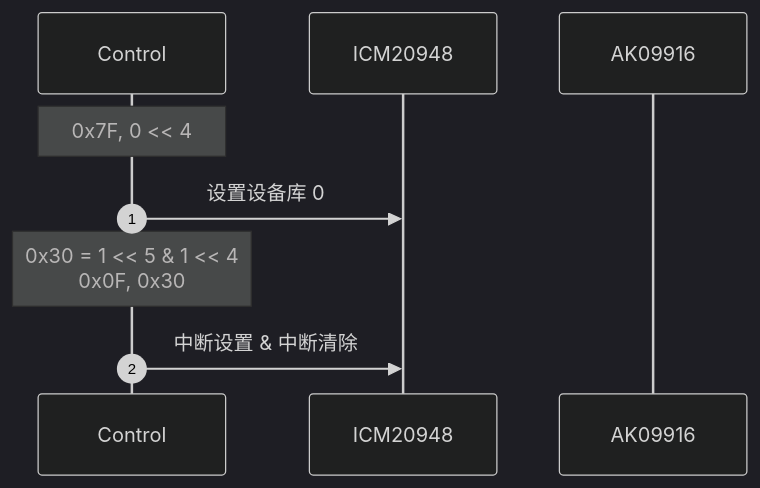
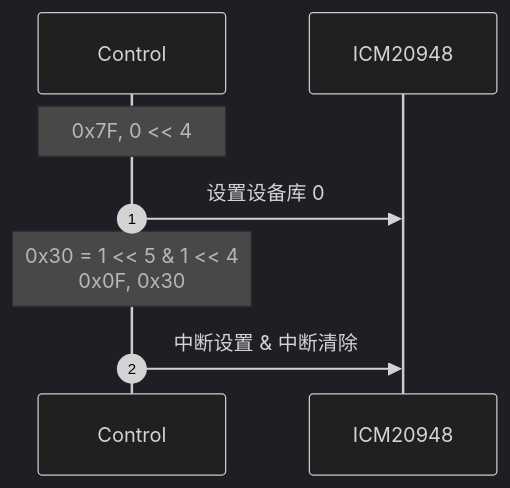
Before and after one commit to hkdickyko/hkdickyko.github.io: the third of 4 diagrams in _posts/2025-04-06-mdchart.md, drawn with Mermaid (dark theme). The commit also changed other lines of this file, not shown here.

```diff
--- a/_posts/2025-04-06-mdchart.md
+++ b/_posts/2025-04-06-mdchart.md
@@ -181,11 +174,10 @@
 <div class="mermaid">
 sequenceDiagram;
    autonumber;
    participant C as Control;
    participant I as ICM20948;
-   participant A as AK09916;
    note over C: 0x7F, 0 << 4;
    C->>I: 设置设备库 0;
    note over C: 0x30 = 1 << 5 & 1 << 4<br>0x0F, 0x30;
    C->>I: 中断设置 & 中断清除;
 </div>   
```
